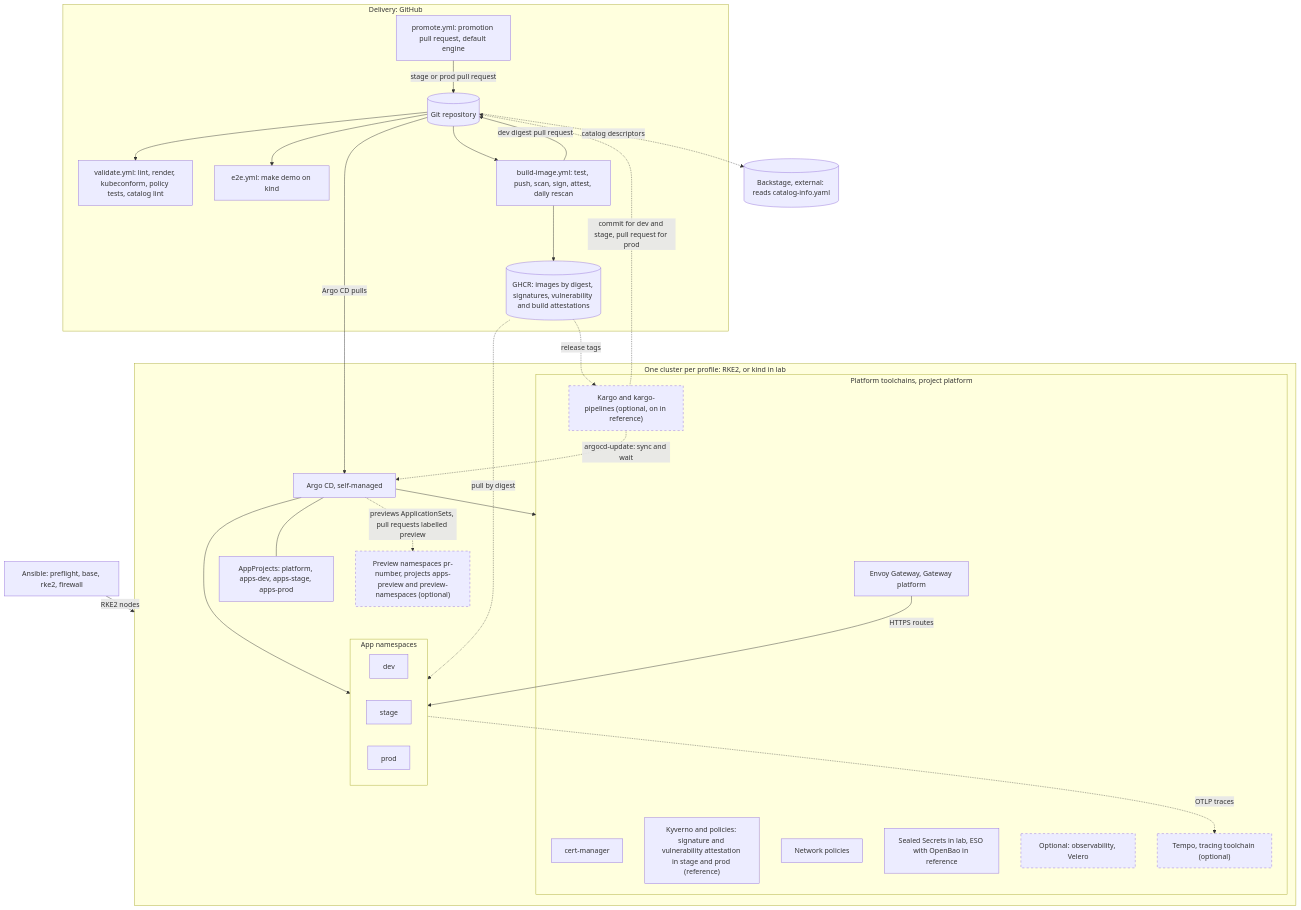
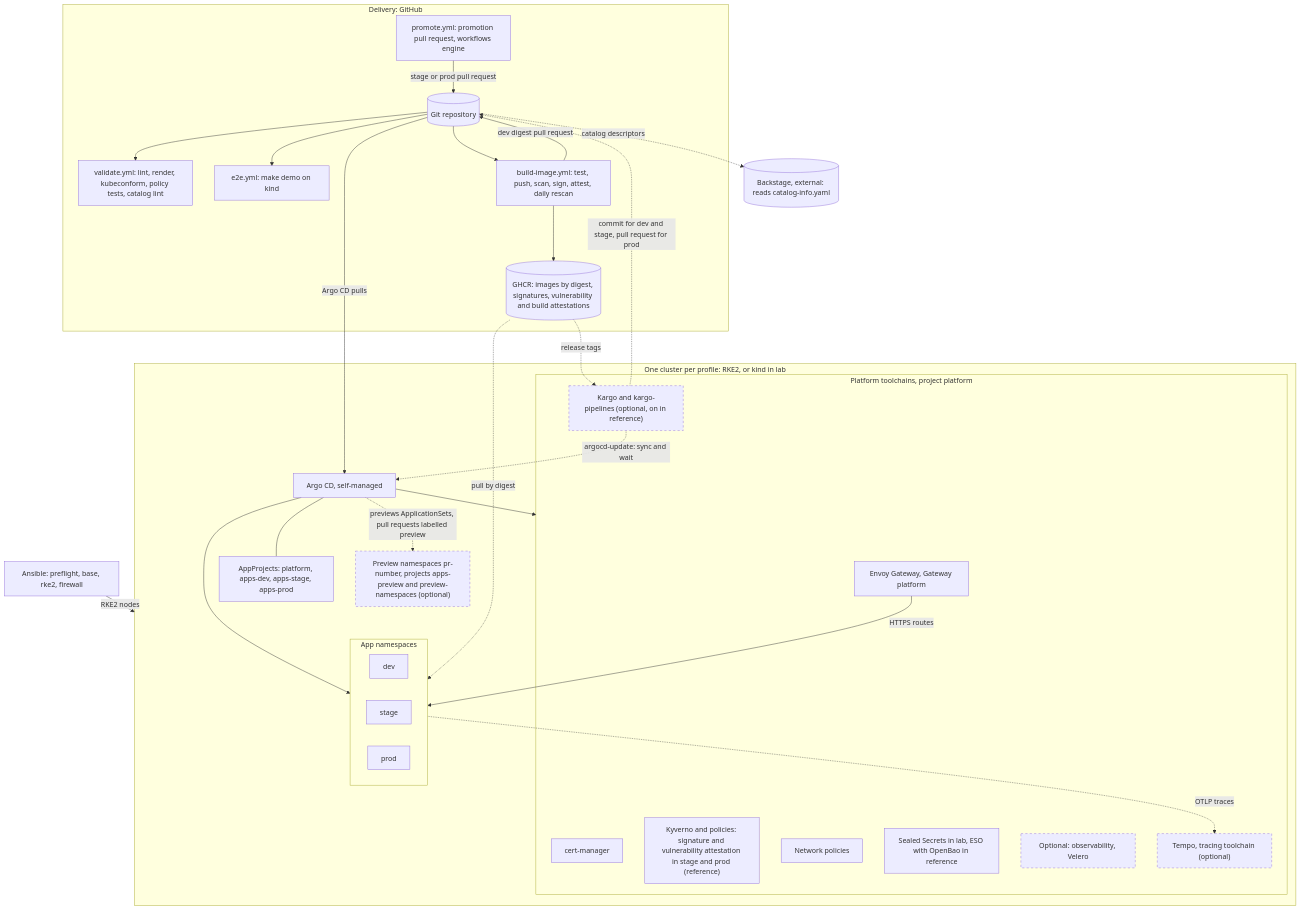
Before and after one commit to SritharanK/sk-k8s-devops-bootstrap: the diagram in docs/architecture/overview.md, drawn with Mermaid. The commit also changed other lines of this file and 19 other files, not shown here.

````diff
--- a/docs/architecture/overview.md
+++ b/docs/architecture/overview.md
@@ -82,58 +82,58 @@
 ```mermaid
 flowchart TB
   subgraph GH["Delivery: GitHub"]
     REPO[("Git repository")]
     VAL["validate.yml: lint, render, kubeconform, policy tests, catalog lint"]
     E2E["e2e.yml: make demo on kind"]
     BLD["build-image.yml: test, push, scan, sign, attest, daily rescan"]
-    PRM["promote.yml: promotion pull request, default engine"]
+    PRM["promote.yml: promotion pull request, workflows engine"]
     GHCR[("GHCR: images by digest, signatures, vulnerability and build attestations")]
   end
 
   BACK[("Backstage, external: reads catalog-info.yaml")]
   ANS["Ansible: preflight, base, rke2, firewall"]
 
   subgraph CL["One cluster per profile: RKE2, or kind in lab"]
     ARGO["Argo CD, self-managed"]
     PROJ["AppProjects: platform, apps-dev, apps-stage, apps-prod"]
     subgraph PLAT["Platform toolchains, project platform"]
       GW["Envoy Gateway, Gateway platform"]
       CM["cert-manager"]
       KYV["Kyverno and policies: signature and vulnerability attestation in stage and prod (reference)"]
       NP["Network policies"]
       SEC["Sealed Secrets in lab, ESO with OpenBao in reference"]
       OPT["Optional: observability, Velero"]
       TMP["Tempo, tracing toolchain (optional)"]
       KRG["Kargo and kargo-pipelines (optional, on in reference)"]
     end
     subgraph APPS["App namespaces"]
       DEV["dev"]
       STG["stage"]
       PRD["prod"]
     end
     PREV["Preview namespaces pr-number, projects apps-preview and preview-namespaces (optional)"]
   end
 
   REPO --> VAL
   REPO --> E2E
   REPO --> BLD
   REPO -.->|"catalog descriptors"| BACK
   BLD --> GHCR
   BLD -->|"dev digest pull request"| REPO
   PRM -->|"stage or prod pull request"| REPO
   ANS -->|"RKE2 nodes"| CL
   REPO -->|"Argo CD pulls"| ARGO
   ARGO --- PROJ
   ARGO --> PLAT
   ARGO --> APPS
   ARGO -.->|"previews ApplicationSets, pull requests labelled preview"| PREV
   GW -->|"HTTPS routes"| APPS
   GHCR -.->|"pull by digest"| APPS
   GHCR -.->|"release tags"| KRG
   KRG -.->|"commit for dev and stage, pull request for prod"| REPO
   KRG -.->|"argocd-update: sync and wait"| ARGO
   APPS -.->|"OTLP traces"| TMP
 
   classDef opt stroke-dasharray: 5 5
   class OPT,TMP,KRG,PREV opt
 ```
````
